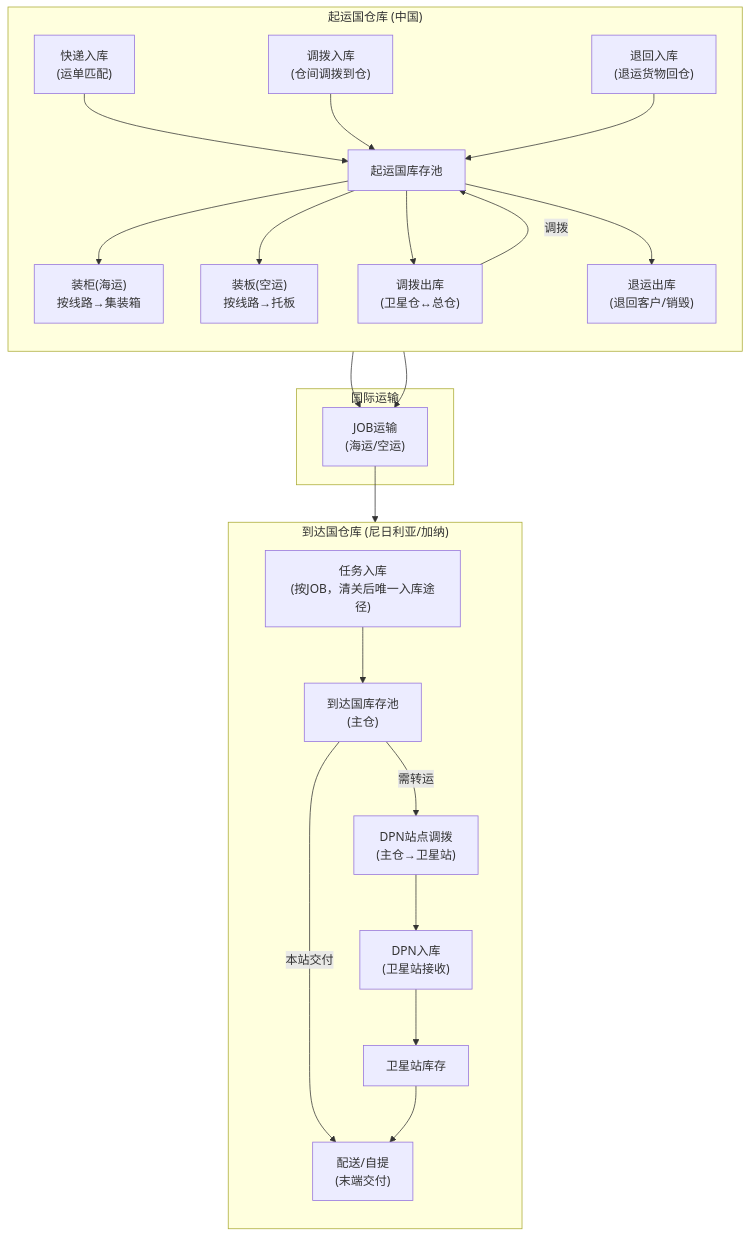
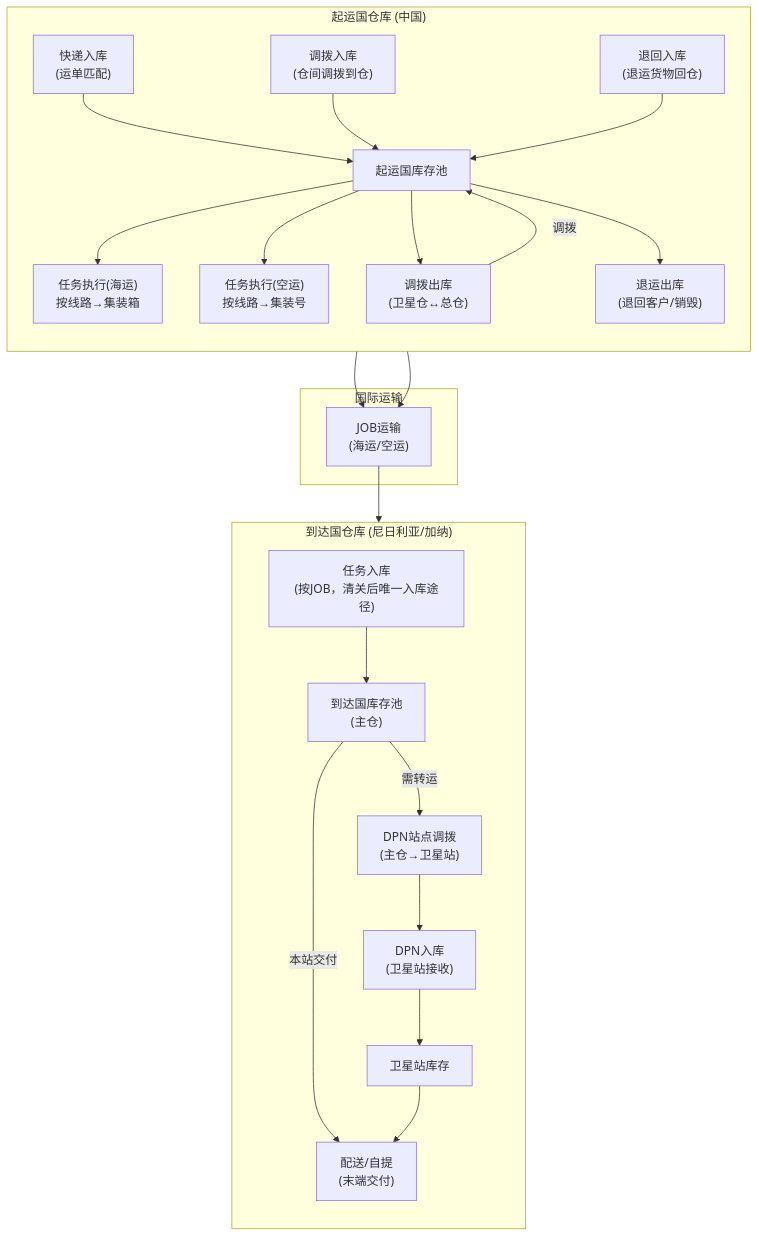
Before and after one commit to Yitiaoyu686/logistics-app: diagram 25 of 27 in .kiro/specs/full-system-requirements/modules/00-系统总体需求规格说明书-20260408.md, drawn with Mermaid. The commit also changed other lines of this file and 3 other files, not shown here.

First line of the commit message:
fix: correct terminology - 任务执行/集装箱/集装号 per actual UI

````diff
--- a/.kiro/specs/full-system-requirements/modules/00-系统总体需求规格说明书-20260408.md
+++ b/.kiro/specs/full-system-requirements/modules/00-系统总体需求规格说明书-20260408.md
@@ -948,48 +948,48 @@
 ```mermaid
 graph TB
     subgraph 起运国["起运国仓库 (中国)"]
         direction TB
         IN1["快递入库<br/>(运单匹配)"]
         IN2["调拨入库<br/>(仓间调拨到仓)"]
         IN3["退回入库<br/>(退运货物回仓)"]
         
         STOCK1["起运国库存池"]
         
-        PACK1["装柜(海运)<br/>按线路→集装箱"]
-        PACK2["装板(空运)<br/>按线路→托板"]
+        PACK1["任务执行(海运)<br/>按线路→集装箱"]
+        PACK2["任务执行(空运)<br/>按线路→集装号"]
         
         OUT1["调拨出库<br/>(卫星仓↔总仓)"]
         OUT2["退运出库<br/>(退回客户/销毁)"]
     end
 
     subgraph 运输["国际运输"]
         JOB_TRANSIT["JOB运输<br/>(海运/空运)"]
     end
 
     subgraph 到达国["到达国仓库 (尼日利亚/加纳)"]
         direction TB
         DIN1["任务入库<br/>(按JOB，清关后唯一入库途径)"]
         
         STOCK2["到达国库存池<br/>(主仓)"]
         
         DPN_OUT["DPN站点调拨<br/>(主仓→卫星站)"]
         DPN_IN["DPN入库<br/>(卫星站接收)"]
         STOCK3["卫星站库存"]
         DELI["配送/自提<br/>(末端交付)"]
     end
 
     IN1 & IN2 & IN3 --> STOCK1
     STOCK1 --> PACK1 & PACK2
     STOCK1 --> OUT1
     STOCK1 --> OUT2
     
     PACK1 & PACK2 --> JOB_TRANSIT
     OUT1 -->|调拨| STOCK1
     
     JOB_TRANSIT --> DIN1
     DIN1 --> STOCK2
     STOCK2 -->|本站交付| DELI
     STOCK2 -->|需转运| DPN_OUT
     DPN_OUT --> DPN_IN --> STOCK3
     STOCK3 --> DELI
 ```
````
